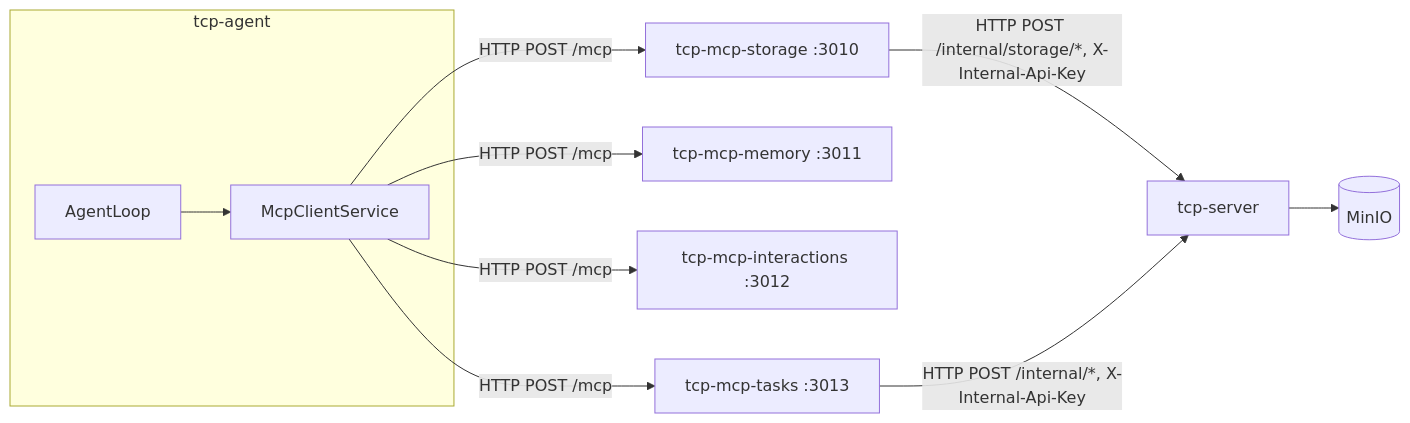
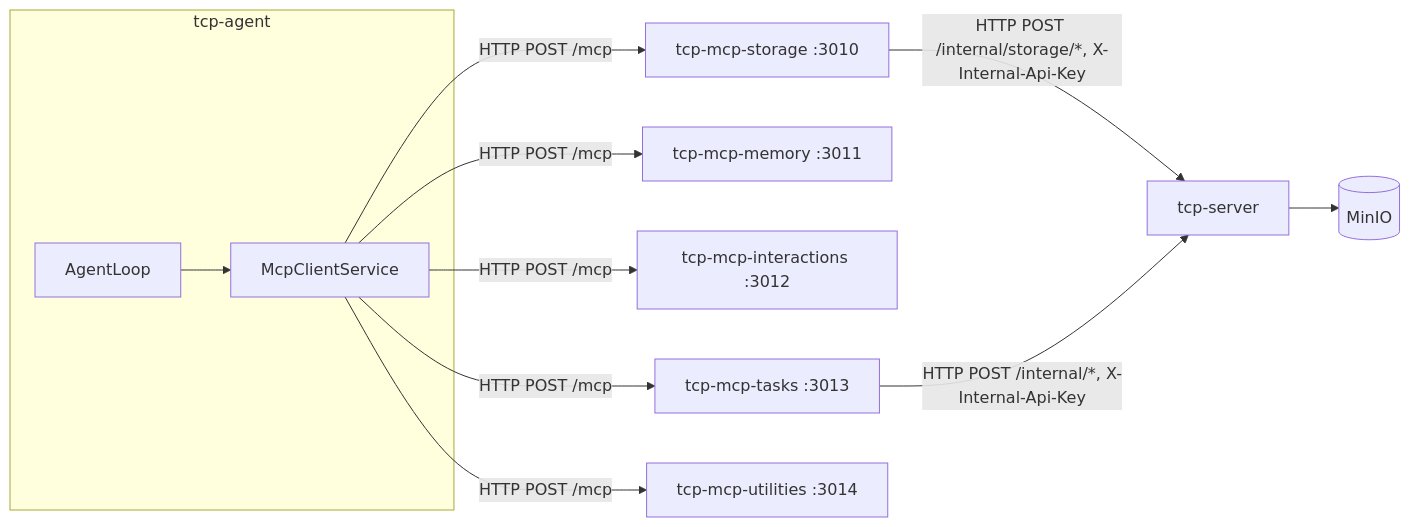
The second of 2 diagrams in docs/agent-services.md (instantiator/tcp-server), drawn with Mermaid before and after one commit. The commit also changed other lines of this file and 19 other files, not shown here.

First line of the commit message:
Document the utilities MCP server and regenerate the web API types

````diff
--- a/docs/agent-services.md
+++ b/docs/agent-services.md
@@ -82,13 +82,14 @@
 ```mermaid
 flowchart LR
     subgraph tcp-agent
         AL[AgentLoop] --> MC[McpClientService]
     end
     MC -->|HTTP POST /mcp| S[tcp-mcp-storage :3010]
     MC -->|HTTP POST /mcp| M[tcp-mcp-memory :3011]
     MC -->|HTTP POST /mcp| I[tcp-mcp-interactions :3012]
     MC -->|HTTP POST /mcp| T[tcp-mcp-tasks :3013]
+    MC -->|HTTP POST /mcp| U[tcp-mcp-utilities :3014]
     S -->|HTTP POST /internal/storage/*, X-Internal-Api-Key| LS[tcp-server]
     T -->|HTTP POST /internal/*, X-Internal-Api-Key| LS
     LS --> MIO[(MinIO)]
 ```
````
